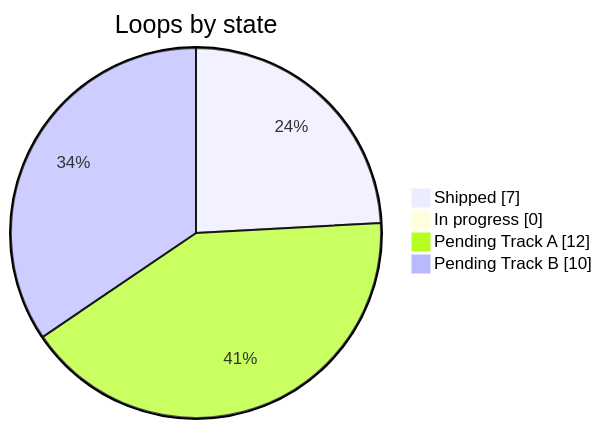
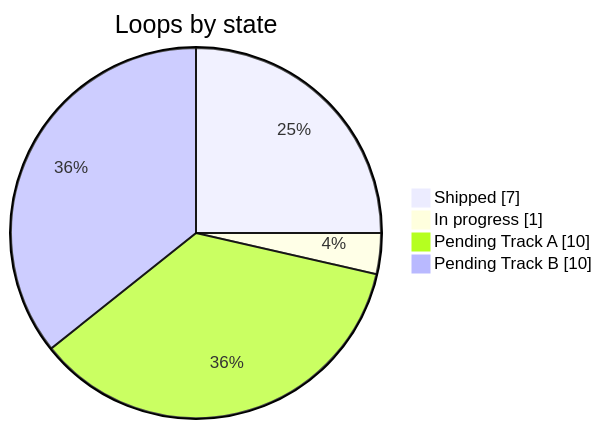
Before and after one commit to ivangarciafilho/DNDSheet: the diagram in docs/roadmap/DNDSheet-Implementation-Backlog.md, drawn with Mermaid. The commit also changed other lines of this file and 2 other files, not shown here.

Commit message:
docs(roadmap): reconcile A7 template candidate

````diff
--- a/docs/roadmap/DNDSheet-Implementation-Backlog.md
+++ b/docs/roadmap/DNDSheet-Implementation-Backlog.md
@@ -54,8 +54,8 @@
 ```mermaid
 pie showData
   title Loops by state
   "Shipped" : 7
-  "In progress" : 0
-  "Pending Track A" : 12
+  "In progress" : 1
+  "Pending Track A" : 10
   "Pending Track B" : 10
 ```
````
